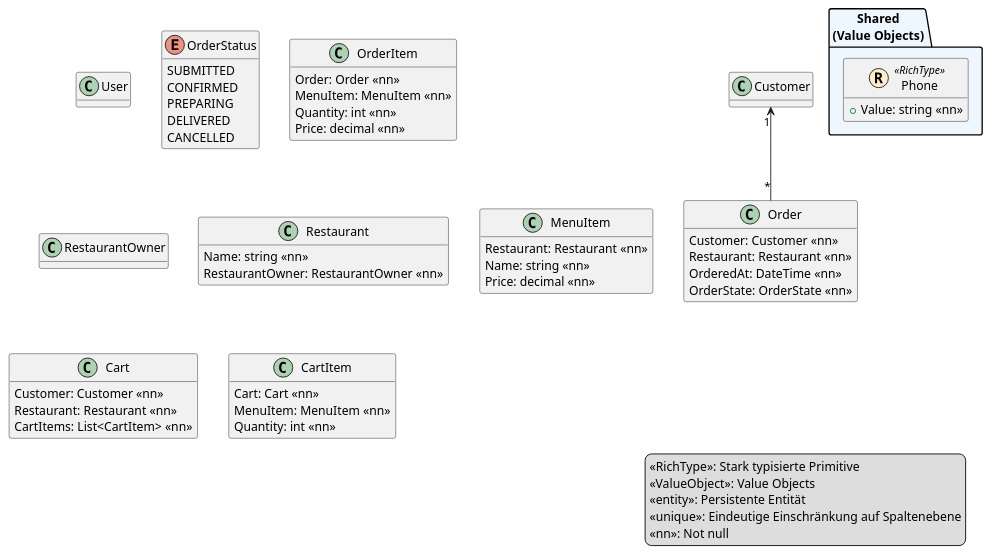
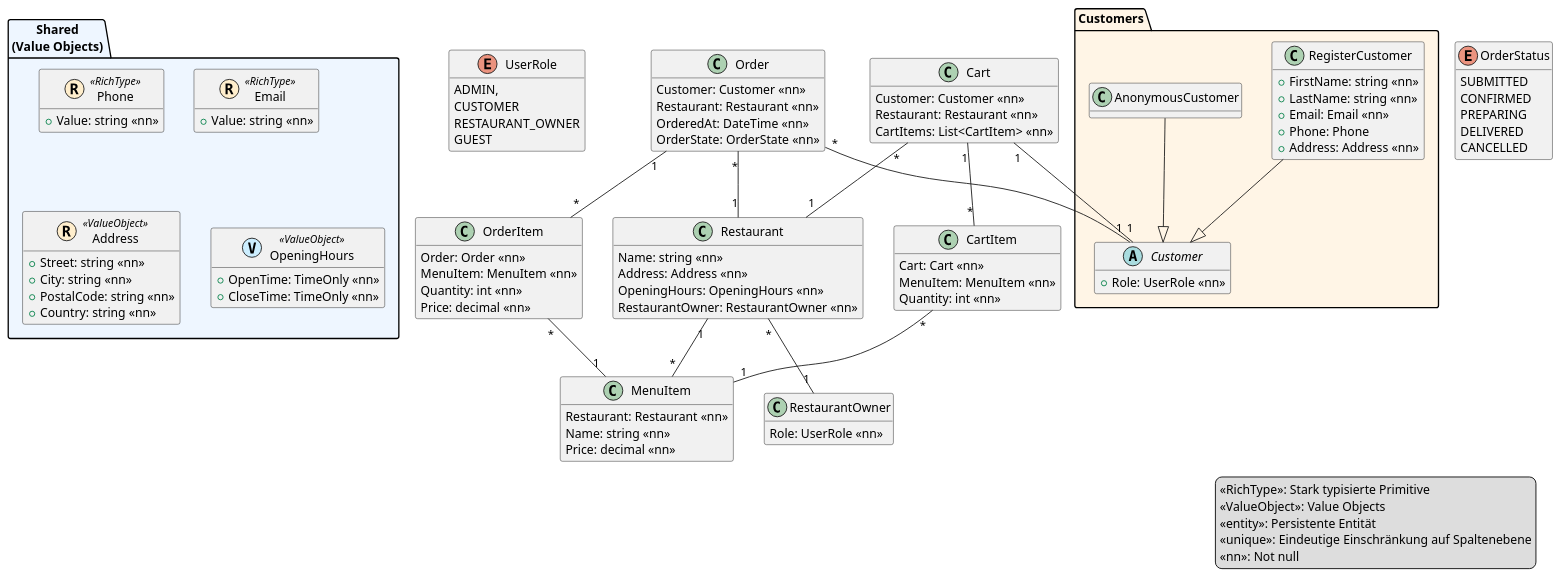
Before and after one commit to rw-dalai/spengerbite-api-6baif: the diagram in model.puml, drawn with PlantUML.

Commit message:
feat: pre-final puml

```diff
--- a/model.puml
+++ b/model.puml
@@ -1,84 +1,146 @@
 @startuml
 ' ---- Layout & Stil ----
 hide empty methods
  
 ' ---- Legende ----
 legend right
 <<RichType>>: Stark typisierte Primitive
 <<ValueObject>>: Value Objects
 <<entity>>: Persistente Entität
 <<unique>>: Eindeutige Einschränkung auf Spaltenebene
 <<nn>>: Not null
 endlegend
  
 ' ===================== Packages =====================
 
 package "Shared\n(Value Objects)" as P_Shared #EEF6FF {
  
   class Phone << (R,#FFEECC) RichType >> {
     +Value: string <<nn>>
   }
+  
+  class Email << (R,#FFEECC) RichType >> {
+    +Value: string <<nn>>
+  }
+  
+  class Address << (R,#FFEECC) ValueObject >> {
+    +Street: string <<nn>>
+    +City: string <<nn>>
+    +PostalCode: string <<nn>>
+    +Country: string <<nn>>
+  }
+  
+  class OpeningHours << (V,#CCEEFF) ValueObject >> {
+    +OpenTime: TimeOnly <<nn>>
+    +CloseTime: TimeOnly <<nn>>
+  }
 }
 
-class User {}
+enum UserRole {
+  ADMIN,
+  CUSTOMER
+  RESTAURANT_OWNER
+  GUEST
+}
 
-class Customer {}
+package "Customers" as P_Customers #FFF5E6 {
+
+    abstract class Customer {
+      +Role: UserRole <<nn>>
+    }
+    
+    class RegisterCustomer {
+      +FirstName: string <<nn>>
+      +LastName: string <<nn>>
+      +Email: Email <<nn>>
+      +Phone: Phone
+      +Address: Address <<nn>>
+      '+Addresses: List<Address> <<nn>>
+    }
+    
+    class AnonymousCustomer {
+    }
+}
+
+
+
+class RestaurantOwner {
+  Role: UserRole <<nn>>
+}
 
 enum OrderStatus {
   SUBMITTED
   CONFIRMED
   PREPARING
   DELIVERED
   CANCELLED
 }
 
 class Order {
   Customer: Customer <<nn>>
   Restaurant: Restaurant <<nn>>
   OrderedAt: DateTime <<nn>>
   OrderState: OrderState <<nn>>
 }
 
 class OrderItem {
   Order: Order <<nn>>
   MenuItem: MenuItem <<nn>>
   Quantity: int <<nn>>
   Price: decimal <<nn>>
 }
 
-class RestaurantOwner {}
-
 class Restaurant {
   Name: string <<nn>>
+  Address: Address <<nn>>
+  OpeningHours: OpeningHours <<nn>>
   RestaurantOwner: RestaurantOwner <<nn>>
 }
 
 class MenuItem {
   Restaurant: Restaurant <<nn>>
   Name: string <<nn>>
   Price: decimal <<nn>>
 }
 
 class Cart {
    Customer: Customer <<nn>>
    Restaurant: Restaurant <<nn>>
    CartItems: List<CartItem> <<nn>>
 }
 
 class CartItem {
    Cart: Cart <<nn>>
    MenuItem: MenuItem <<nn>>
    Quantity: int <<nn>>
 }
 
 
 'Beziehungen
 
 
 ' ===================== Beziehungen =====================
 
-Customer "1" <-- "*" Order
+RegisterCustomer --|> Customer
+AnonymousCustomer --|> Customer
+
+Order "*" -- "1" Customer
+Order "*" -- "1" Restaurant
+Order "1" -- "*" OrderItem
+
+OrderItem "*" -- "1" MenuItem
+
+Restaurant "1" -- "*" MenuItem
+Restaurant "*" -- "1" RestaurantOwner
+
+Cart "1" -- "1" Customer
+Cart "*" -- "1" Restaurant
+Cart "1" -- "*" CartItem
+
+CartItem "*" -- "1" MenuItem
+
+
 
 
 
 @enduml
```
